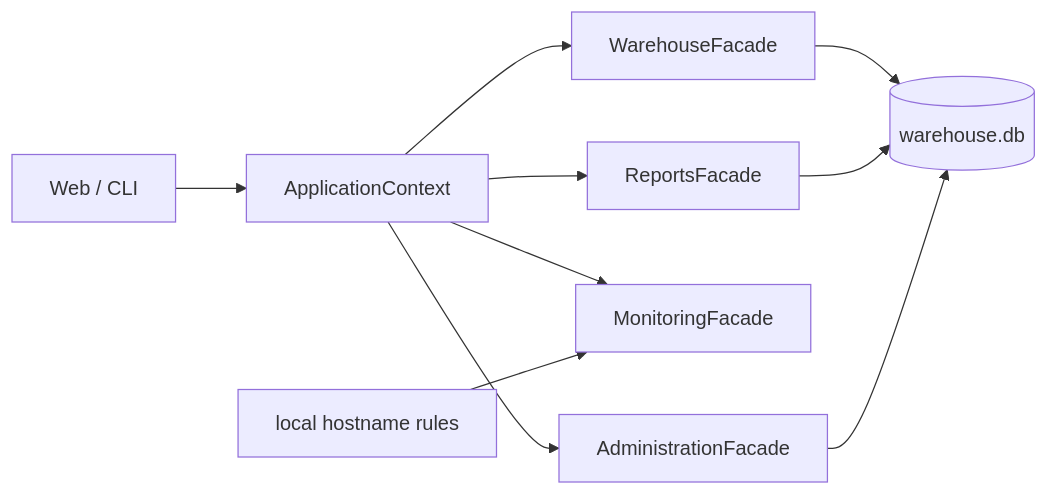
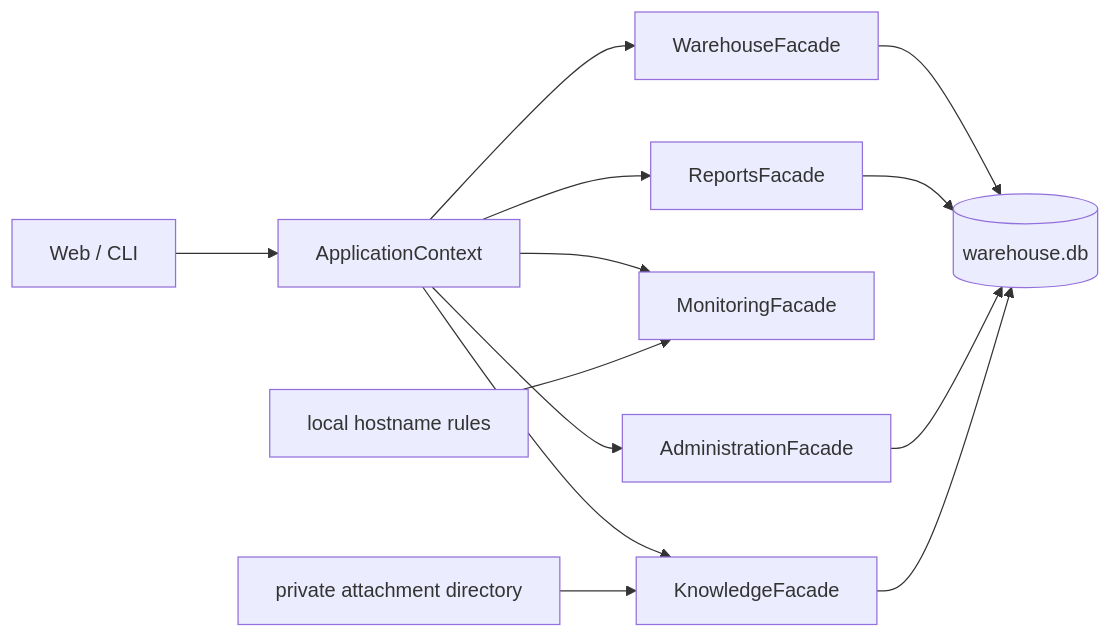
Before and after one commit to lokolis28282/prak_mai: the diagram in README.md, drawn with Mermaid. The commit also changed other lines of this file and 5 other files, not shown here.

````diff
--- a/README.md
+++ b/README.md
@@ -143,12 +145,15 @@
 ```mermaid
 flowchart LR
   UI["Web / CLI"] --> C["ApplicationContext"]
   C --> W["WarehouseFacade"]
   C --> R["ReportsFacade"]
   C --> M["MonitoringFacade"]
+  C --> K["KnowledgeFacade"]
   C --> A["AdministrationFacade"]
   W --> DB[("warehouse.db")]
   R --> DB
   A --> DB
+  K --> DB
+  Uploads["private attachment directory"] --> K
   Rules["local hostname rules"] --> M
 ```
````
